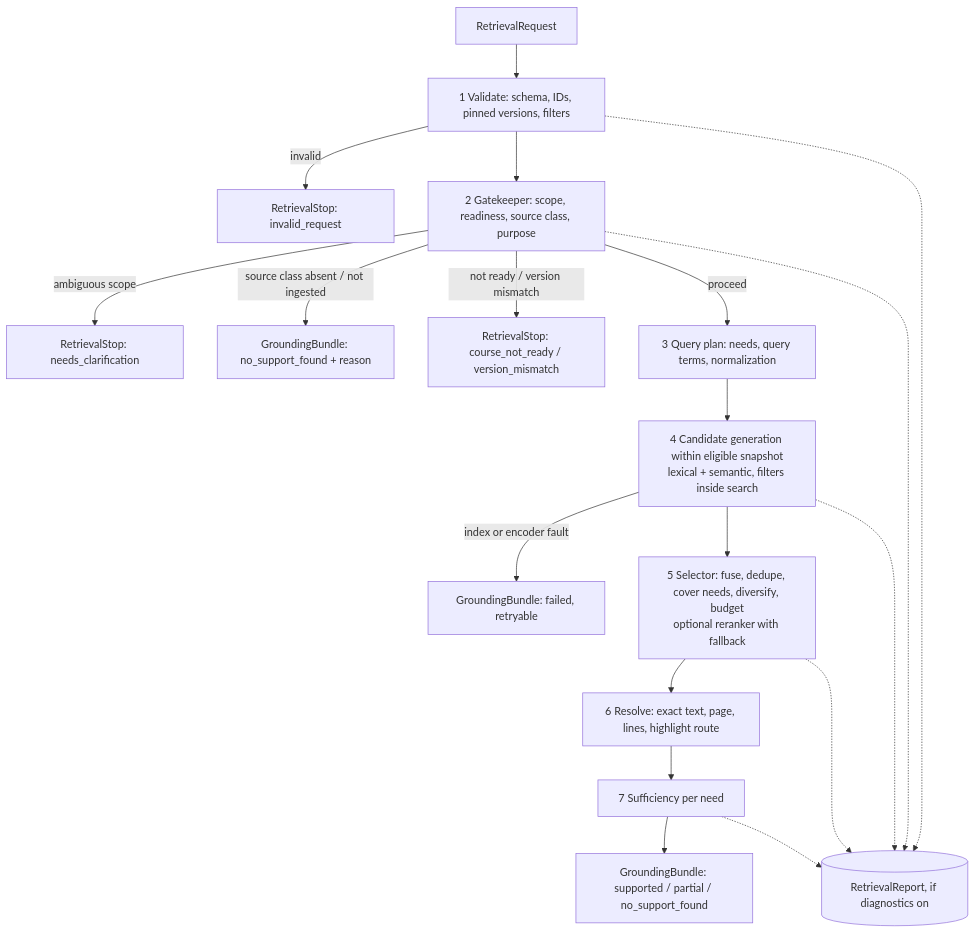
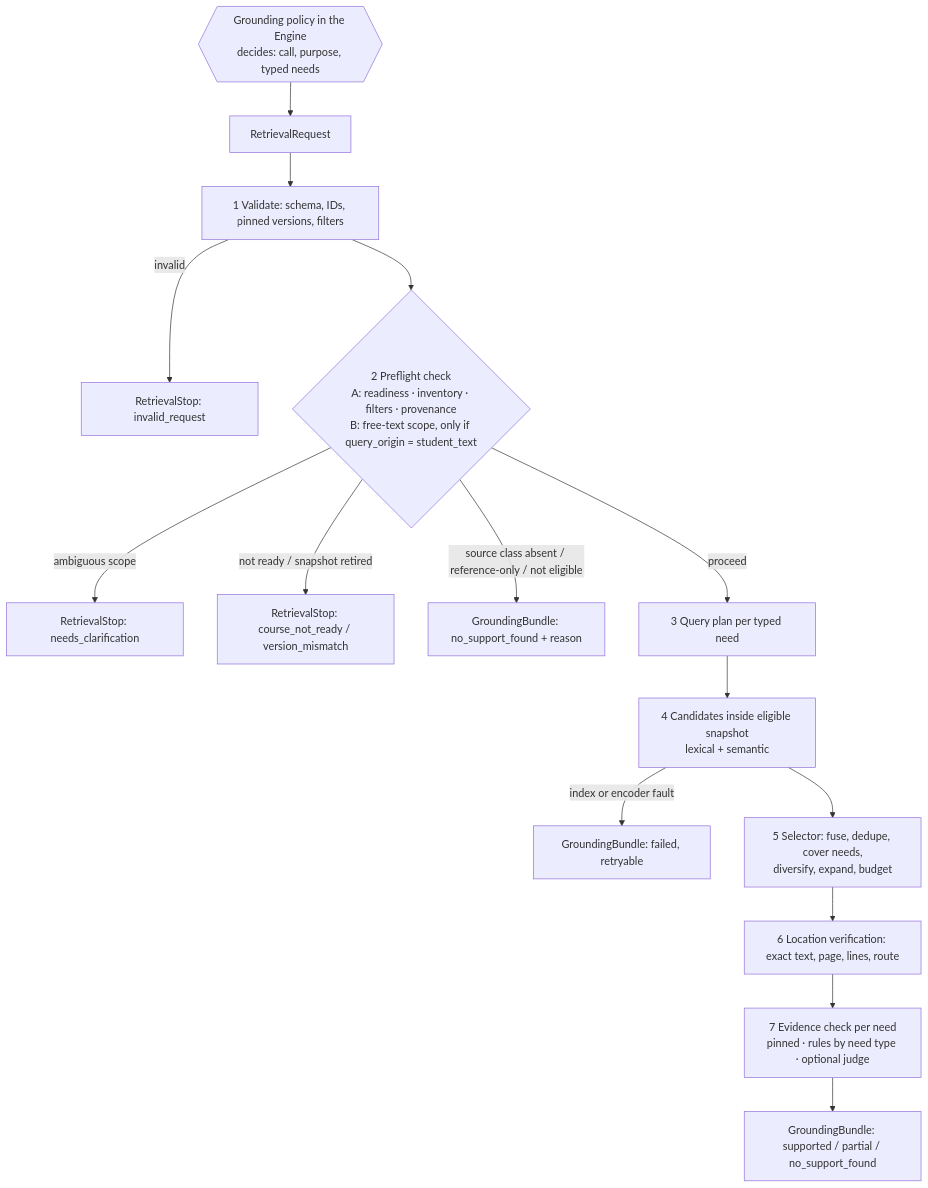
Before and after one commit to digital-professor-lab/digital-professor: the second of 2 diagrams in specs/rag-retrieval.md, drawn with Mermaid. The commit also changed other lines of this file, not shown here.

First line of the commit message:
Sean/spec: update rag-retrieval.md (V1 draft: tool framing, preflight, evidence check, inputs, human review)

````diff
--- a/specs/rag-retrieval.md
+++ b/specs/rag-retrieval.md
@@ -280,21 +435,17 @@
 ```mermaid
 flowchart TD
-    A[RetrievalRequest] --> B[1 Validate: schema, IDs, pinned versions, filters]
+    P{{Grounding policy in the Engine<br/>decides: call, purpose, typed needs}} --> A[RetrievalRequest]
+    A --> B[1 Validate: schema, IDs, pinned versions, filters]
     B -->|invalid| S1[RetrievalStop: invalid_request]
-    B --> C[2 Gatekeeper: scope, readiness, source class, purpose]
+    B --> C{2 Preflight check<br/>A: readiness · inventory · filters · provenance<br/>B: free-text scope, only if query_origin = student_text}
     C -->|ambiguous scope| S2[RetrievalStop: needs_clarification]
-    C -->|source class absent / not ingested| N0[GroundingBundle: no_support_found + reason]
-    C -->|not ready / version mismatch| S3[RetrievalStop: course_not_ready / version_mismatch]
-    C -->|proceed| D[3 Query plan: needs, query terms, normalization]
-    D --> E[4 Candidate generation within eligible snapshot<br/>lexical + semantic, filters inside search]
+    C -->|not ready / snapshot retired| S3[RetrievalStop: course_not_ready / version_mismatch]
+    C -->|source class absent / reference-only / not eligible| N0[GroundingBundle: no_support_found + reason]
+    C -->|proceed| D[3 Query plan per typed need]
+    D --> E[4 Candidates inside eligible snapshot<br/>lexical + semantic]
     E -->|index or encoder fault| F1[GroundingBundle: failed, retryable]
-    E --> G[5 Selector: fuse, dedupe, cover needs, diversify, budget<br/>optional reranker with fallback]
-    G --> H[6 Resolve: exact text, page, lines, highlight route]
-    H --> I[7 Sufficiency per need]
+    E --> G[5 Selector: fuse, dedupe, cover needs,<br/>diversify, expand, budget]
+    G --> H[6 Location verification: exact text, page, lines, route]
+    H --> I[7 Evidence check per need<br/>pinned · rules by need type · optional judge]
     I --> J[GroundingBundle: supported / partial / no_support_found]
-    B -.-> R[(RetrievalReport, if diagnostics on)]
-    C -.-> R
-    E -.-> R
-    G -.-> R
-    I -.-> R
 ```
````
